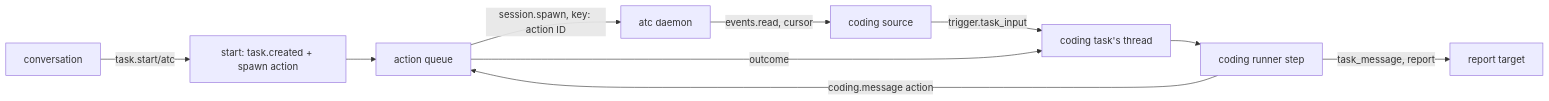
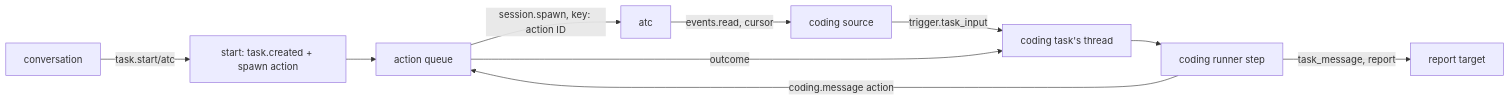
One commit to zgeoff/nixie changed the diagram in docs/design/queue/coding-session-runner/README.md. Above: the diagram before and after it, drawn with Mermaid. The commit also changed other lines of this file and 2 other files, not shown here.

````diff
--- a/docs/design/queue/coding-session-runner/README.md
+++ b/docs/design/queue/coding-session-runner/README.md
@@ -33,12 +53,12 @@
 ```mermaid
 flowchart LR
   conv[conversation] -->|"task.start/atc"| start[start: task.created + spawn action]
   start --> queue[action queue]
-  queue -->|"session.spawn, key: action ID"| atc[atc daemon]
+  queue -->|"session.spawn, key: action ID"| atc[atc]
   atc -->|"events.read, cursor"| source[coding source]
   source -->|"trigger.task_input"| thread[coding task's thread]
   queue -->|"outcome"| thread
   thread --> step[coding runner step]
   step -->|"coding.message action"| queue
-  step -->|"task_message, report"| starter[report target]
+  step -->|"task_message, report"| target[report target]
 ```
````
